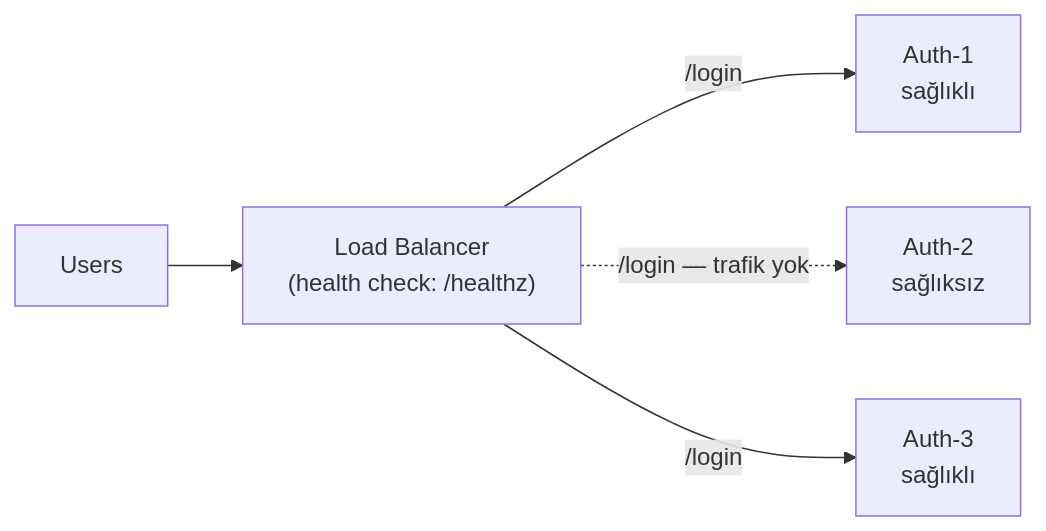
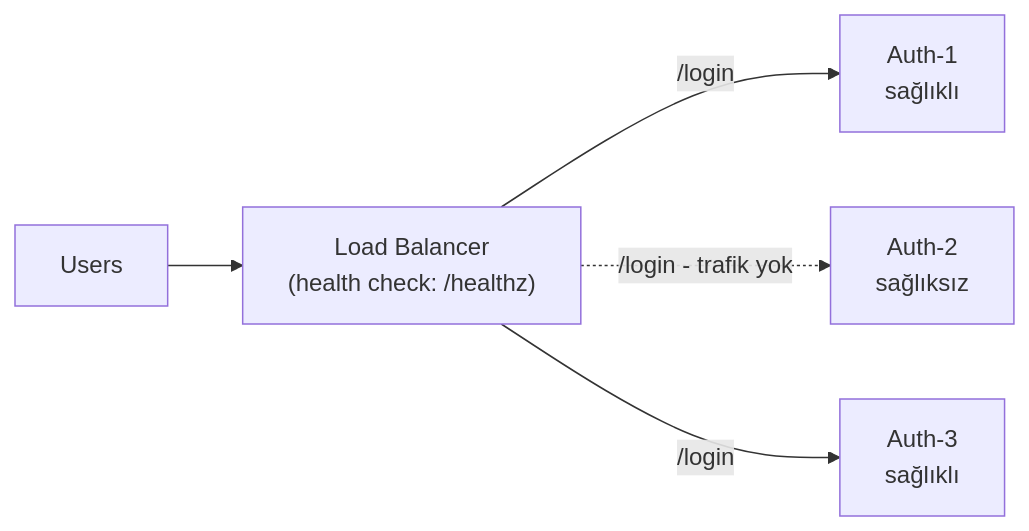
One commit to klckerim/klckerim.github.io changed the fourth of 5 diagrams in _posts/2026-03-04-system-design-notes-part-1.md. Above: the diagram before and after it, drawn with Mermaid. The commit also changed other lines of this file and 6 other files, not shown here.

````diff
--- a/_posts/2026-03-04-system-design-notes-part-1.md
+++ b/_posts/2026-03-04-system-design-notes-part-1.md
@@ -108,7 +108,7 @@
 ```mermaid
 flowchart LR
     U[Users] --> LB["Load Balancer<br/>(health check: /healthz)"]
     LB -->|"/login"| A1["Auth-1<br/>sağlıklı"]
-    LB -.->|"/login — trafik yok"| A2["Auth-2<br/>sağlıksız"]
+    LB -.->|"/login - trafik yok"| A2["Auth-2<br/>sağlıksız"]
     LB -->|"/login"| A3["Auth-3<br/>sağlıklı"]
 ```
````
